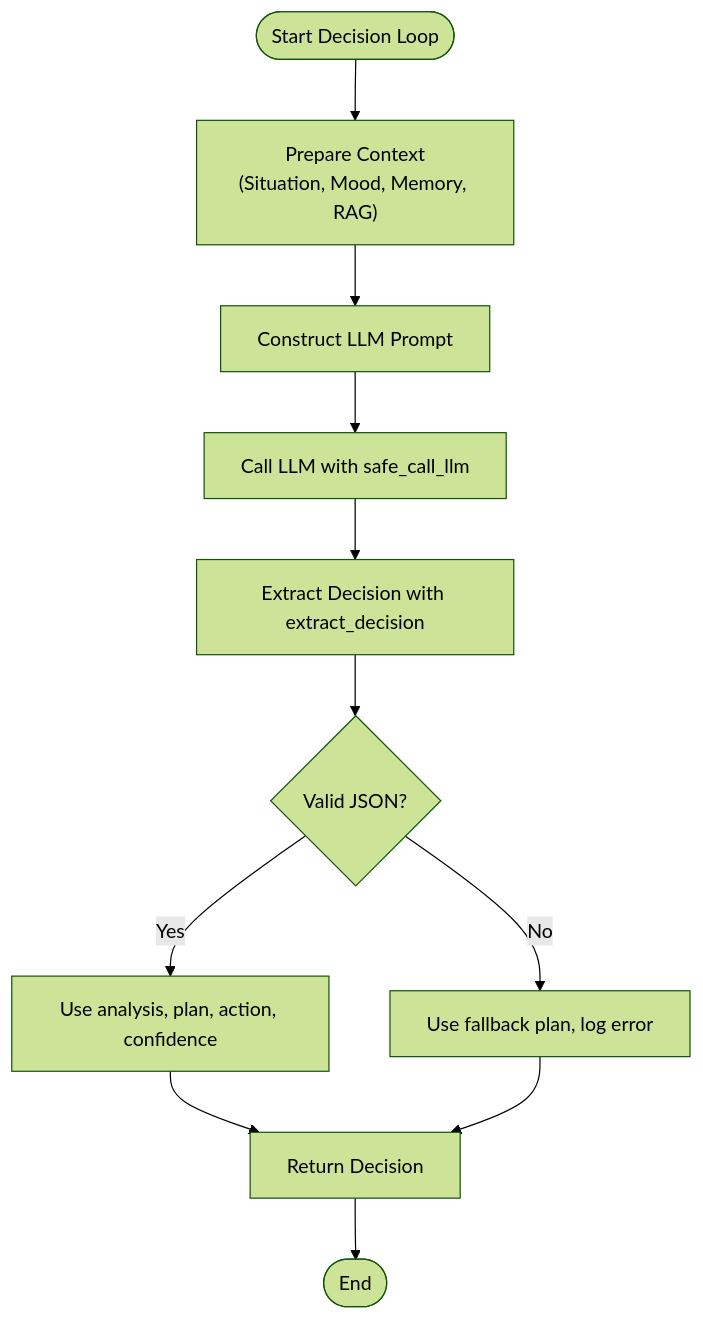
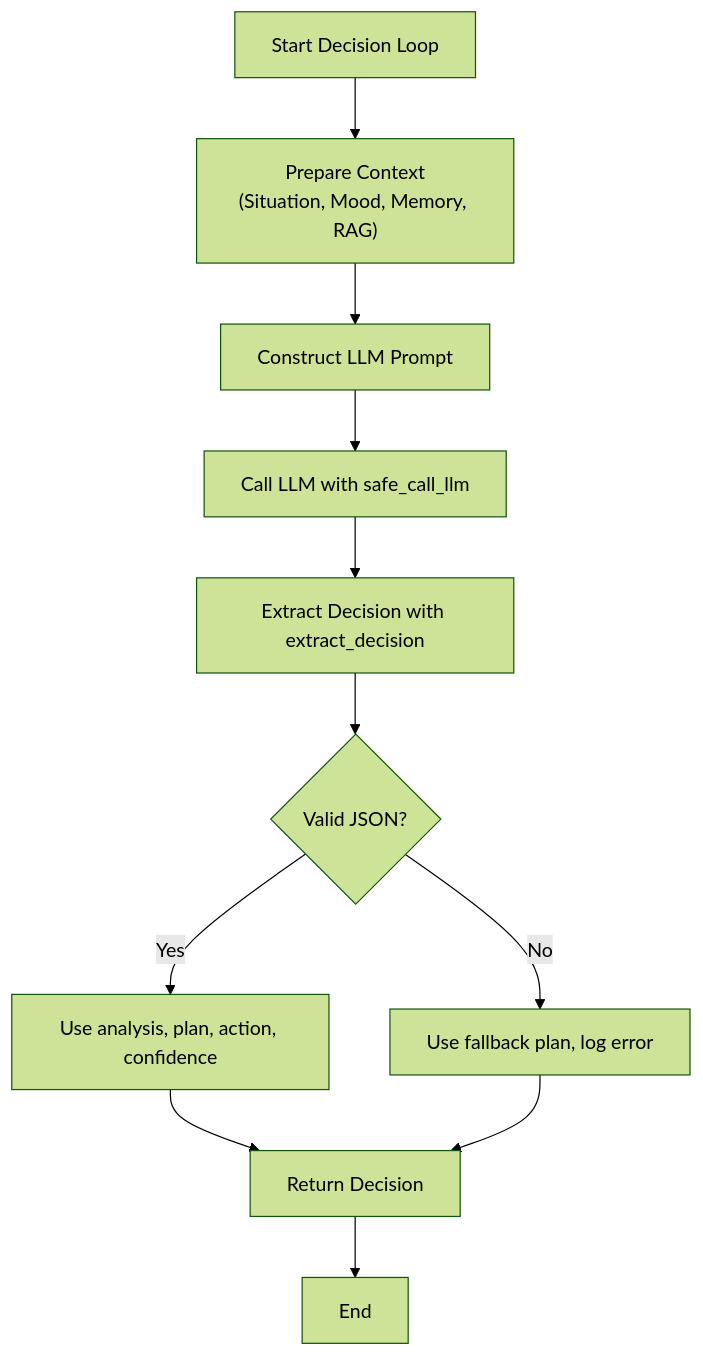
The fourth of 8 diagrams in docs/Decision-Making System.md (Likhithsai2580/RAVANA-WIKI), drawn with Mermaid (forest theme) before and after one commit. The commit also changed 52 other files, not shown here.

First line of the commit message:
chore(docs): update documentation content, fix Mermaid diagrams, and enhance README

````diff
--- a/docs/Decision-Making System.md
+++ b/docs/Decision-Making System.md
@@ -164,13 +164,13 @@
 ```mermaid
 flowchart TD
-Start([Start Decision Loop]) --> PrepareContext["Prepare Context<br/>(Situation, Mood, Memory, RAG)"]
+Start["Start Decision Loop"] --> PrepareContext["Prepare Context<br/>(Situation, Mood, Memory, RAG)"]
 PrepareContext --> ConstructPrompt["Construct LLM Prompt"]
 ConstructPrompt --> CallLLM["Call LLM with safe_call_llm"]
 CallLLM --> ExtractDecision["Extract Decision with extract_decision"]
 ExtractDecision --> ParseJSON{"Valid JSON?"}
 ParseJSON --> |Yes| UseData["Use analysis, plan, action, confidence"]
 ParseJSON --> |No| Fallback["Use fallback plan, log error"]
 UseData --> ReturnDecision["Return Decision"]
 Fallback --> ReturnDecision
-ReturnDecision --> End([End])
+ReturnDecision --> End["End"]
 ```
````
